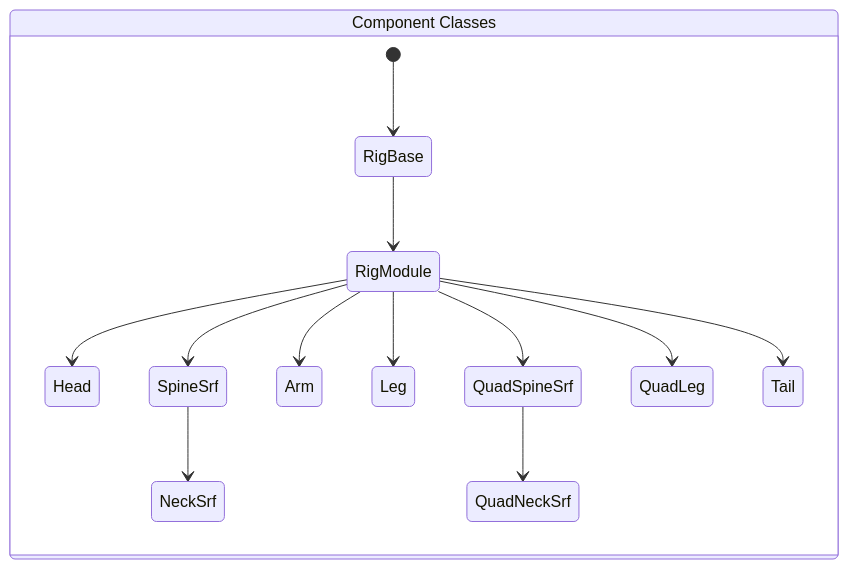
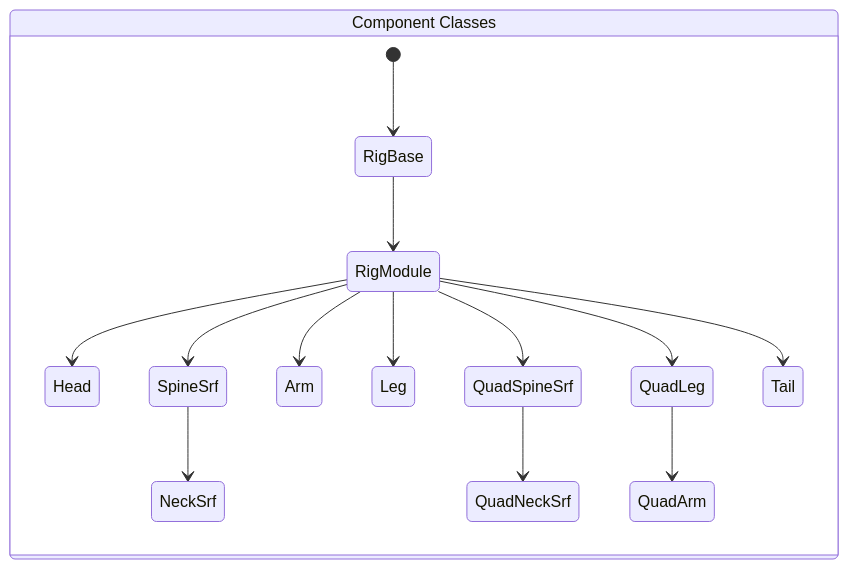
The first of 2 diagrams in README.md (nickyliux/nl_rigging_tools), drawn with Mermaid before and after one commit. The commit also changed 8 other files, not shown here.

Commit message:
Add QuadArm

````diff
--- a/README.md
+++ b/README.md
@@ -24,18 +24,19 @@
 ```mermaid
 stateDiagram
     rcc: Component Classes
     state rcc {
         [*] --> RigBase
         RigBase --> RigModule
         RigModule --> Head
         RigModule --> SpineSrf
         SpineSrf --> NeckSrf
         RigModule --> Arm
         RigModule --> Leg
         RigModule --> QuadSpineSrf
         QuadSpineSrf --> QuadNeckSrf
         RigModule --> QuadLeg
+        QuadLeg --> QuadArm
         RigModule --> Tail
     }
 
 ```
````
